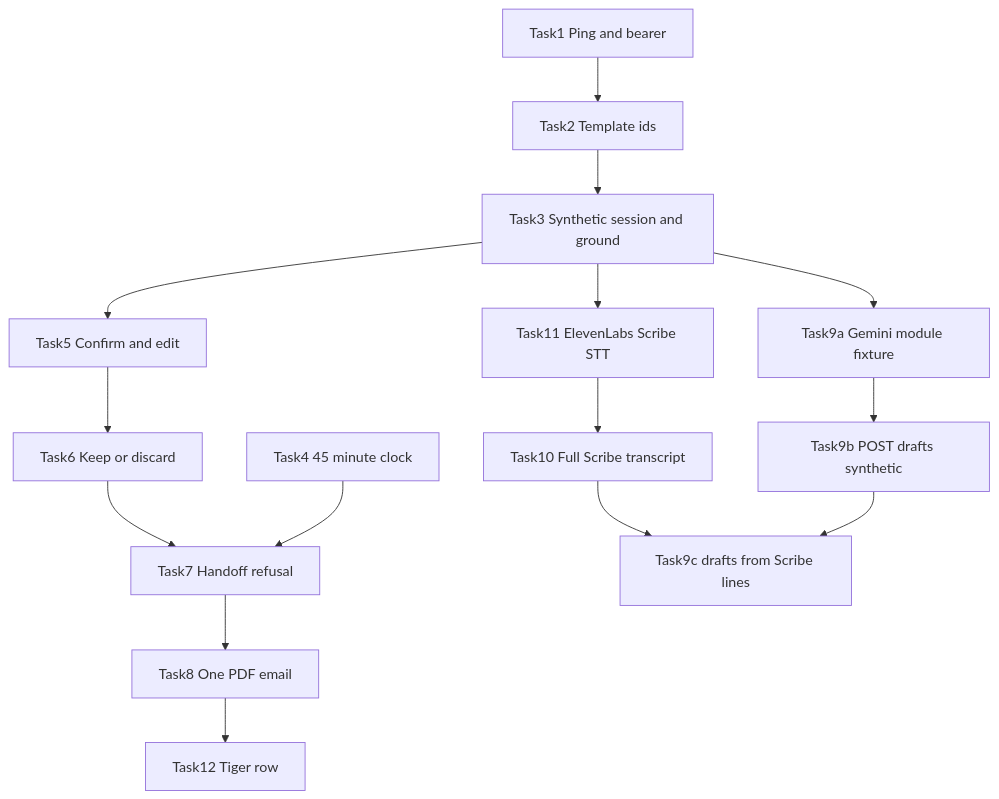
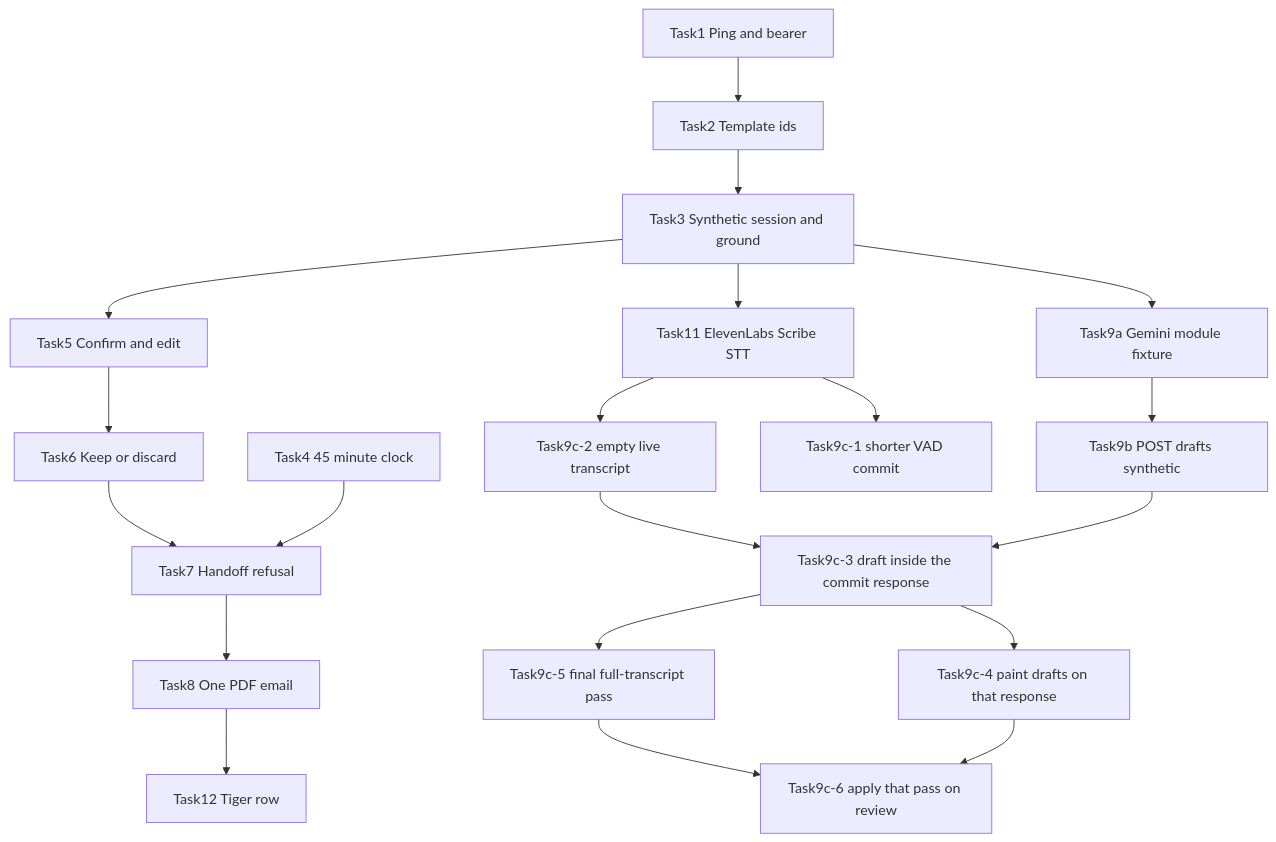
The second of 2 diagrams in tasks/plan.md (BrianMF7/HackNight), drawn with Mermaid before and after one commit. The commit also changed other lines of this file and 5 other files, not shown here.

First line of the commit message:
Commit Scribe after 0.4s of silence and send 16 kHz PCM.

````diff
--- a/tasks/plan.md
+++ b/tasks/plan.md
@@ -72,25 +74,32 @@
 ```mermaid
 flowchart TD
   ping[Task1 Ping and bearer]
   template[Task2 Template ids]
   session[Task3 Synthetic session and ground]
   clock[Task4 45 minute clock]
   confirm[Task5 Confirm and edit]
   choice[Task6 Keep or discard]
   gate[Task7 Handoff refusal]
   send[Task8 One PDF email]
   geminiCore[Task9a Gemini module fixture]
   geminiRoute[Task9b POST drafts synthetic]
   scribe[Task11 ElevenLabs Scribe STT]
-  transcript[Task10 Full Scribe transcript]
-  geminiLive[Task9c drafts from Scribe lines]
+  vad[Task9c-1 shorter VAD commit]
+  liveSession[Task9c-2 empty live transcript]
+  geminiLive[Task9c-3 draft inside the commit response]
+  paint[Task9c-4 paint drafts on that response]
+  finalPass[Task9c-5 final full-transcript pass]
+  finalPaint[Task9c-6 apply that pass on review]
   tiger[Task12 Tiger row]
   ping --> template --> session
   session --> confirm --> choice --> gate
   clock --> gate
   gate --> send
   session --> geminiCore --> geminiRoute
-  session --> scribe --> transcript --> geminiLive
+  session --> scribe --> vad
+  scribe --> liveSession --> geminiLive --> paint
   geminiRoute --> geminiLive
+  geminiLive --> finalPass --> finalPaint
+  paint --> finalPaint
   send --> tiger
 ```
````
